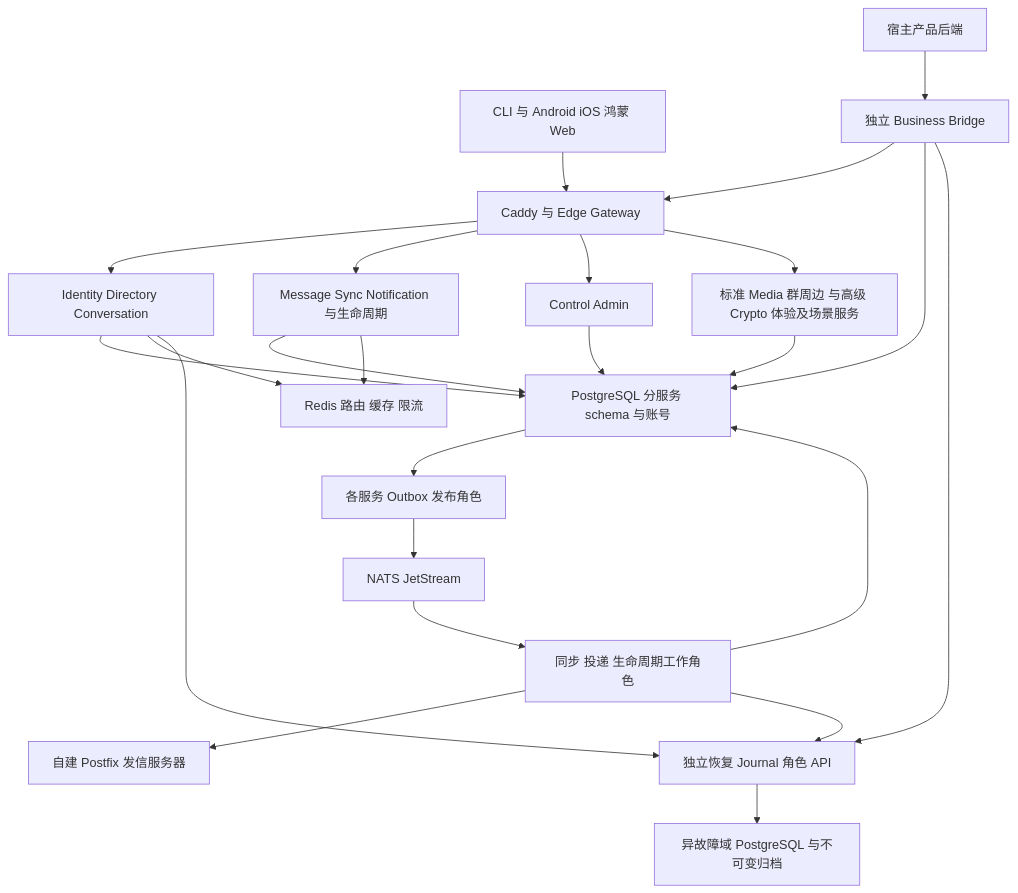
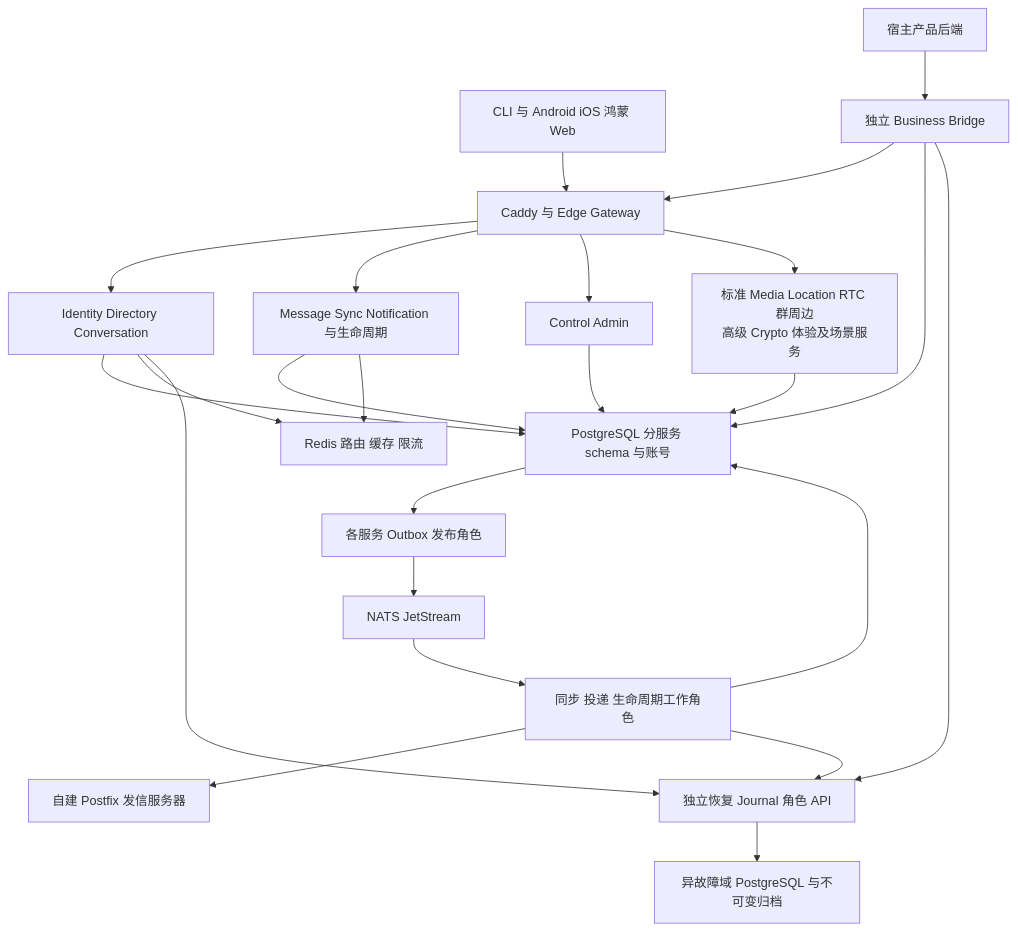
One commit to JobsKits/JobsIM changed the fifth of 7 diagrams in IM后端架构表.md/IM后端架构表.md. Above: the diagram before and after it, drawn with Mermaid. The commit also changed other lines of this file and 9 other files, not shown here.

````diff
--- a/IM后端架构表.md/IM后端架构表.md
+++ b/IM后端架构表.md/IM后端架构表.md
@@ -830,26 +948,26 @@
 ```mermaid
 flowchart TD
     C[CLI 与 Android iOS 鸿蒙 Web] --> E[Caddy 与 Edge Gateway]
     E --> A[Identity Directory Conversation]
     E --> M[Message Sync Notification 与生命周期]
     E --> K[Control Admin]
     H[宿主产品后端] --> B[独立 Business Bridge]
     B --> E
     A --> P[PostgreSQL 分服务 schema 与账号]
     M --> P
     K --> P
     B --> P
     A --> R[Redis 路由 缓存 限流]
     M --> R
     P --> O[各服务 Outbox 发布角色]
     O --> N[NATS JetStream]
     N --> W[同步 投递 生命周期工作角色]
     W --> P
     W --> S[自建 Postfix 发信服务器]
     W --> J[独立恢复 Journal 角色 API]
     A --> J
     B --> J
     J --> Q[异故障域 PostgreSQL 与不可变归档]
-    E --> X[标准 Media 群周边 与高级 Crypto 体验及场景服务]
+    E --> X[标准 Media Location RTC 群周边<br/>高级 Crypto 体验及场景服务]
     X --> P
 ```
````
